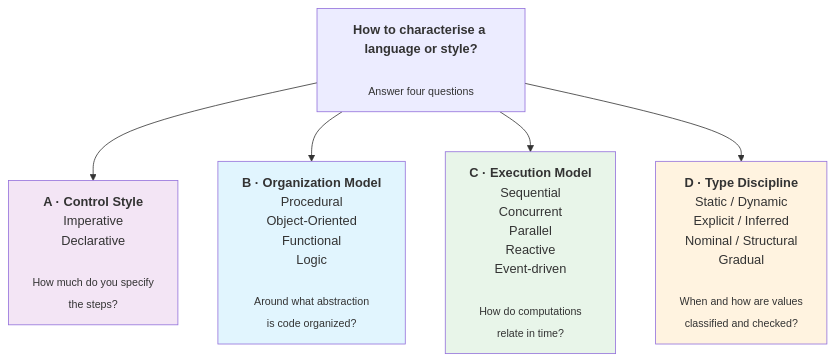
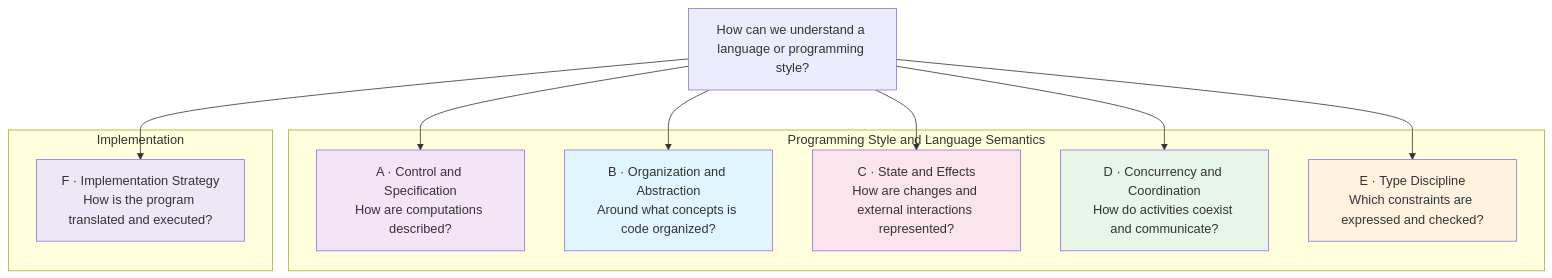
Before and after one commit to akardapolov/software-atlas: the first of 4 diagrams in docs/topics/concepts/paradigms/index.md, drawn with Mermaid. The commit also changed other lines of this file, not shown here.

````diff
--- a/docs/topics/concepts/paradigms/index.md
+++ b/docs/topics/concepts/paradigms/index.md
@@ -50,14 +78,30 @@
 ```mermaid
 flowchart TD
-    Q["<b>How to characterise a language or style?</b><br/><br/><sub>Answer four questions</sub>"]
+    Q["How can we understand a language or programming style?"]
 
-    Q --> A["<b>A · Control Style</b><br/>Imperative<br/>Declarative<br/><br/><sub>How much do you specify<br/>the steps?</sub>"]
-    Q --> B["<b>B · Organization Model</b><br/>Procedural<br/>Object-Oriented<br/>Functional<br/>Logic<br/><br/><sub>Around what abstraction<br/>is code organized?</sub>"]
-    Q --> C["<b>C · Execution Model</b><br/>Sequential<br/>Concurrent<br/>Parallel<br/>Reactive<br/>Event-driven<br/><br/><sub>How do computations<br/>relate in time?</sub>"]
-    Q --> D["<b>D · Type Discipline</b><br/>Static / Dynamic<br/>Explicit / Inferred<br/>Nominal / Structural<br/>Gradual<br/><br/><sub>When and how are values<br/>classified and checked?</sub>"]
+    subgraph SEM ["Programming Style and Language Semantics"]
+        A["A · Control and Specification<br/>How are computations described?"]
+        B["B · Organization and Abstraction<br/>Around what concepts is code organized?"]
+        C["C · State and Effects<br/>How are changes and external interactions represented?"]
+        D["D · Concurrency and Coordination<br/>How do activities coexist and communicate?"]
+        E["E · Type Discipline<br/>Which constraints are expressed and checked?"]
+    end
+
+    subgraph IMPL ["Implementation"]
+        F["F · Implementation Strategy<br/>How is the program translated and executed?"]
+    end
+
+    Q --> A
+    Q --> B
+    Q --> C
+    Q --> D
+    Q --> E
+    Q --> F
 
     style A fill:#f3e5f5
     style B fill:#e1f5fe
-    style C fill:#e8f5e9
-    style D fill:#fff3e0
+    style C fill:#fce4ec
+    style D fill:#e8f5e9
+    style E fill:#fff3e0
+    style F fill:#ede7f6
 ```
````
